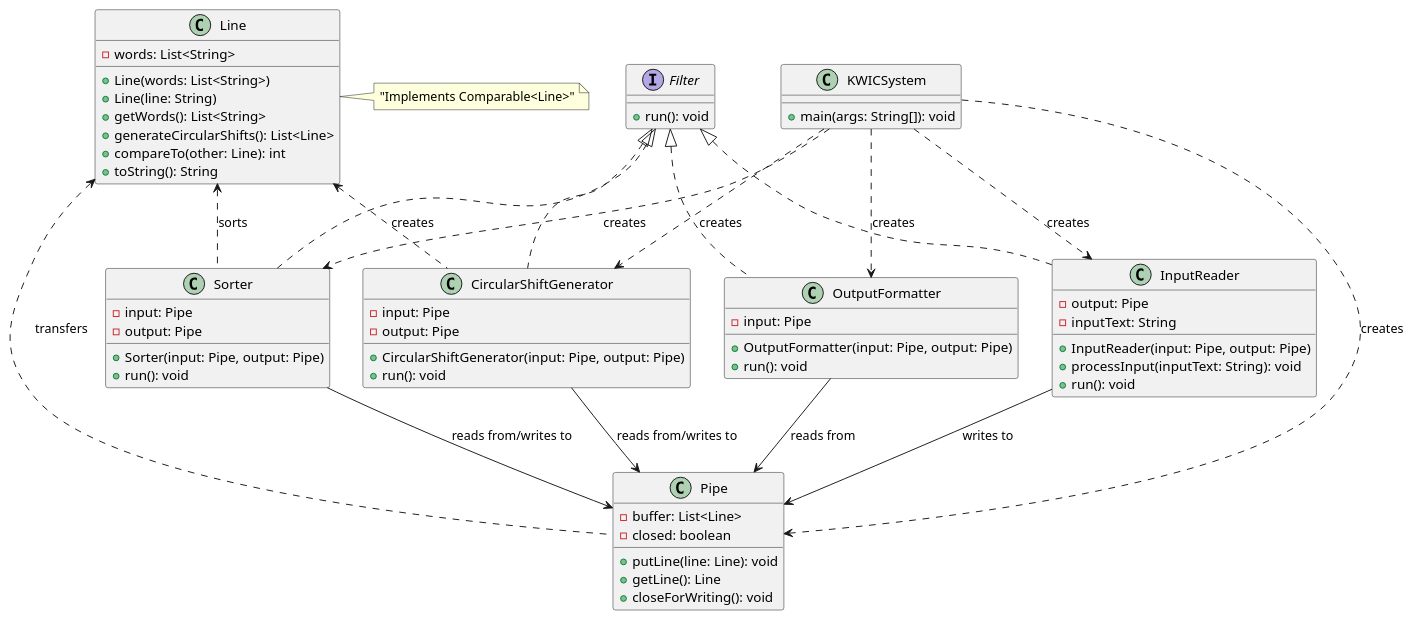
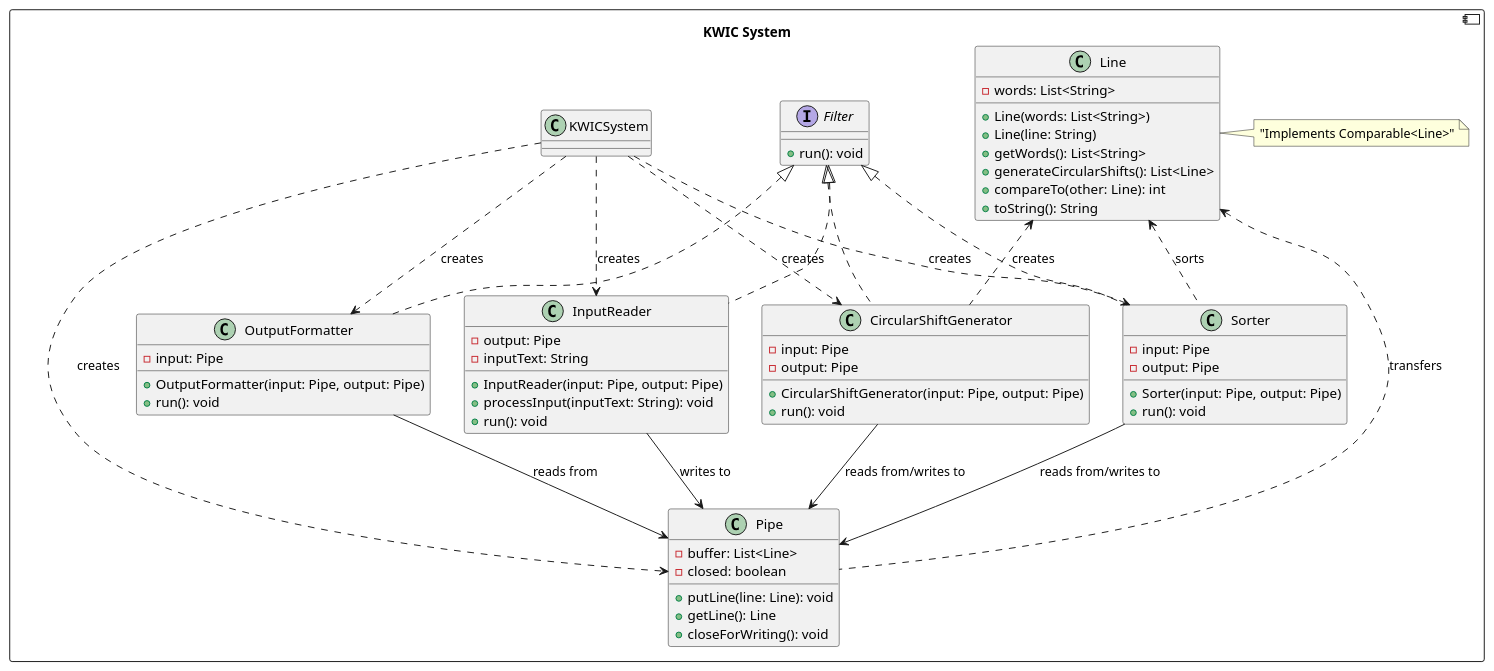
Before and after one commit to zenOfBass/SAD-Assignment-3-II: the diagram in kwic_class.puml, drawn with PlantUML.

Commit message:
Updated uml

```diff
--- a/kwic_class.puml
+++ b/kwic_class.puml
@@ -1,79 +1,75 @@
-@startuml KWIC System
+@startuml
+component "KWIC System" {
 
 interface Filter {
   +run(): void
 }
 
 class Pipe {
   -buffer: List<Line>
   -closed: boolean
   +putLine(line: Line): void
   +getLine(): Line
   +closeForWriting(): void
 }
 
 class Line {
   -words: List<String>
   +Line(words: List<String>)
   +Line(line: String)
   +getWords(): List<String>
   +generateCircularShifts(): List<Line>
   +compareTo(other: Line): int
   +toString(): String
 }
 
 class InputReader {
   -output: Pipe
   -inputText: String
   +InputReader(input: Pipe, output: Pipe)
   +processInput(inputText: String): void
   +run(): void
 }
 
 class CircularShiftGenerator {
   -input: Pipe
   -output: Pipe
   +CircularShiftGenerator(input: Pipe, output: Pipe)
   +run(): void
 }
 
 class Sorter {
   -input: Pipe
   -output: Pipe
   +Sorter(input: Pipe, output: Pipe)
   +run(): void
 }
 
 class OutputFormatter {
   -input: Pipe
   +OutputFormatter(input: Pipe, output: Pipe)
   +run(): void
 }
 
-class KWICSystem {
-  +main(args: String[]): void
-}
-
 Filter <|.. InputReader
 Filter <|.. CircularShiftGenerator
 Filter <|.. Sorter
 Filter <|.. OutputFormatter
 
 Line <.. CircularShiftGenerator: creates
 Line <.. Sorter: sorts
 Line <.. Pipe: transfers
 
 KWICSystem ..> InputReader: creates
 KWICSystem ..> CircularShiftGenerator: creates
 KWICSystem ..> Sorter: creates
 KWICSystem ..> OutputFormatter: creates
 KWICSystem ..> Pipe: creates
 
 InputReader --> Pipe: writes to
 CircularShiftGenerator --> Pipe: reads from/writes to
 Sorter --> Pipe: reads from/writes to
 OutputFormatter --> Pipe: reads from
 
 note right of Line: "Implements Comparable<Line>"
-
 @enduml
```
